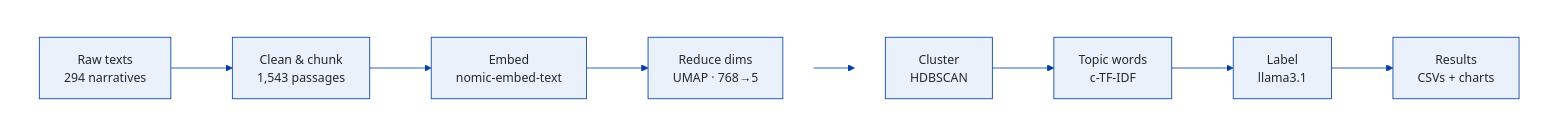
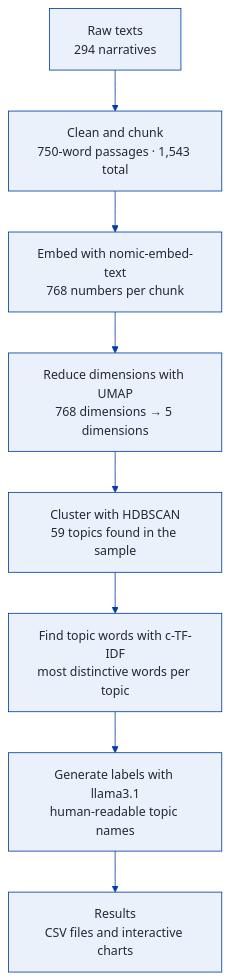
Before and after one commit to jinghanlib/topic-modeling-slave-narratives: the diagram in instructions/01_simple_explanation.qmd, drawn with Mermaid. The commit also changed 1 other file, not shown here.

Commit message:
Pipeline diagram on website: top-down layout with full step names

````diff
--- a/instructions/01_simple_explanation.qmd
+++ b/instructions/01_simple_explanation.qmd
@@ -140,15 +140,11 @@
 ```{mermaid}
 %%{init: {'theme': 'base', 'themeVariables': {'fontSize': '15px', 'fontFamily': 'ui-sans-serif, system-ui, sans-serif', 'primaryColor': '#eaf1fb', 'primaryBorderColor': '#003da5', 'primaryTextColor': '#1f2937', 'lineColor': '#003da5'}}}%%
-flowchart LR
-    subgraph top[" "]
-        direction LR
-        A["Raw texts\n294 narratives"] --> B["Clean & chunk\n1,543 passages"] --> C["Embed\nnomic-embed-text"] --> D["Reduce dims\nUMAP · 768→5"]
-    end
-    subgraph bottom[" "]
-        direction LR
-        E["Cluster\nHDBSCAN"] --> F["Topic words\nc-TF-IDF"] --> G["Label\nllama3.1"] --> H["Results\nCSVs + charts"]
-    end
-    D --> E
-    style top fill:none,stroke:none
-    style bottom fill:none,stroke:none
+flowchart TD
+    A["Raw texts\n294 narratives"] --> B["Clean and chunk\n750-word passages · 1,543 total"]
+    B --> C["Embed with nomic-embed-text\n768 numbers per chunk"]
+    C --> D["Reduce dimensions with UMAP\n768 dimensions → 5 dimensions"]
+    D --> E["Cluster with HDBSCAN\n59 topics found in the sample"]
+    E --> F["Find topic words with c-TF-IDF\nmost distinctive words per topic"]
+    F --> G["Generate labels with llama3.1\nhuman-readable topic names"]
+    G --> H["Results\nCSV files and interactive charts"]
 ```
````
